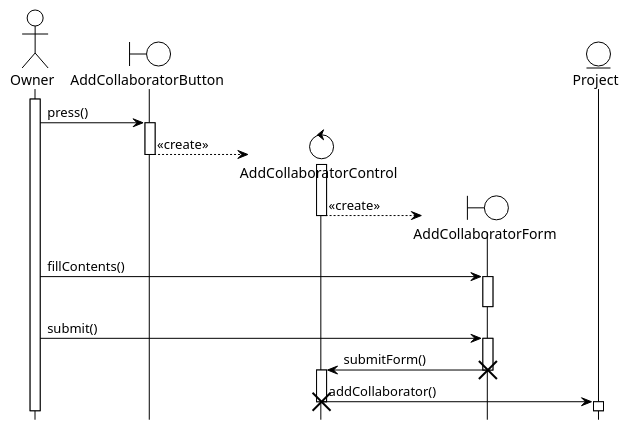
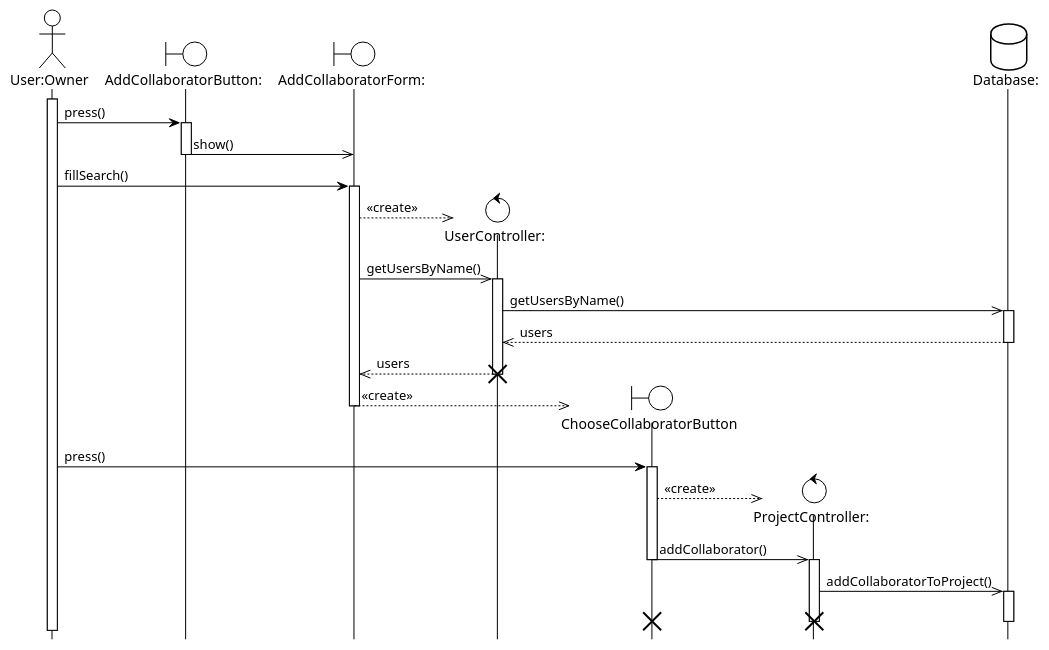
The diagram in Use case sequence diagrams/AddCollaborator.puml (BlueMango10/Project-uml), drawn with PlantUML before and after one commit. The commit also changed 14 other files, not shown here.

Commit message:
Updated diagrams after implementation

```diff
--- a/Use case sequence diagrams/AddCollaborator.puml
+++ b/Use case sequence diagrams/AddCollaborator.puml
@@ -1,39 +1,100 @@
 @startuml AddCollaborator
 !theme plain
 hide footbox
-actor Owner as po
-boundary AddCollaboratorButton as acb
-control AddCollaboratorControl as acc
-boundary AddCollaboratorForm as acf
-entity Project as p
+actor "User:Owner" as po
+boundary "AddCollaboratorButton:" as acb
+boundary "AddCollaboratorForm:" as acf
+control "UserController:" as uc
+boundary "ChooseCollaboratorButton" as ccb
+control "ProjectController:" as acc
+'entity "Project:" as p
+database "Database:" as db
 
 activate po
 
 po -> acb : press()
 activate acb
 
+acb ->> acf : show()
+deactivate acb
+
+po -> acf : fillSearch()
+activate acf
+
+create uc
+acf -->> uc : <<create>>
+acf ->> uc : getUsersByName()
+activate uc
+
+uc ->> db : getUsersByName()
+activate db
+
+db -->> uc : users
+deactivate db
+
+uc -->> acf : users
+destroy uc
+
+create ccb
+acf -->> ccb : <<create>>
+deactivate acf
+
+po -> ccb : press()
+activate ccb
+
 create acc
-acb --> acc : <<create>>
+ccb -->> acc : <<create>>
+ccb ->> acc : addCollaborator()
+deactivate ccb
+activate acc
+
+acc ->> db : addCollaboratorToProject()
+activate db
+deactivate db
+
+destroy acc
+destroy ccb
+
+/'
+activate po
+
+po -> acb : press()
+activate acb
+
+create acc
+acb -->> acc : <<create>>
 deactivate acb
 activate acc
 
 create acf
-acc --> acf : <<create>>
+acc -->> acf : <<create>>
 deactivate acc
 
-po -> acf : fillContents()
+po -> acf : fillSearch()
 activate acf
+
+acf ->> acc : findUserByName()
+
+acc ->> db : findUserByName()
+activate db
+
+db -->> acf : userInfo[]
+deactivate db
+
+create ccb
+acf -->> ccb : <<create>>
 deactivate acf
 
-po -> acf : submit()
-activate acf
+po ->> ccb : press()
+activate ccb
 
-acf -> acc : submitForm()
-destroy acf
+ccb ->> acc : addCollaborator()
+destroy ccb
 activate acc
 
-acc -> p : addCollaborator()
+acc ->> p : addCollaborator()
 destroy acc
+destroy acf
 activate p
-deactivate p
+'/
 @enduml
```
